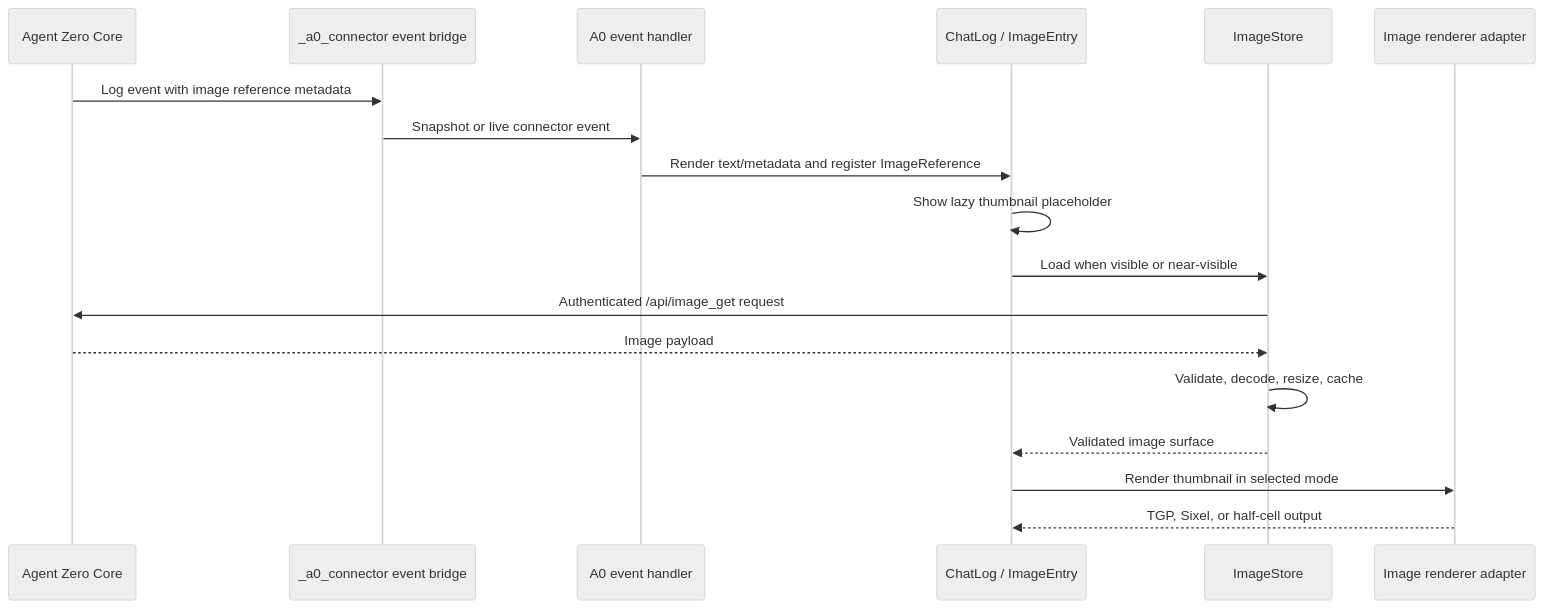
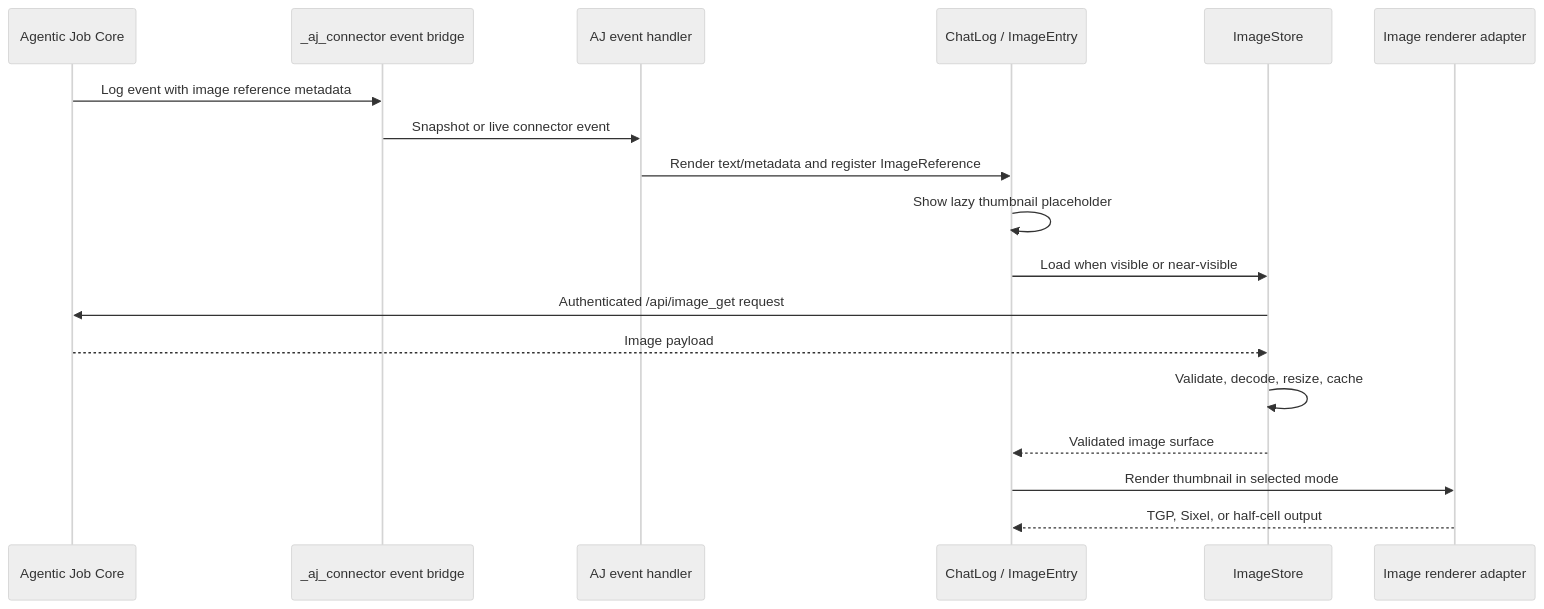
Before and after one commit to PaulGG-Code/a0-connector: the diagram in docs/superpowers/specs/2026-08-10-inline-images-and-browser-screenshots-design.md, drawn with Mermaid (neutral theme). The commit also changed other lines of this file and 268 other files, not shown here.

````diff
--- a/docs/superpowers/specs/2026-08-10-inline-images-and-browser-screenshots-design.md
+++ b/docs/superpowers/specs/2026-08-10-inline-images-and-browser-screenshots-design.md
@@ -232,21 +232,21 @@
 ```mermaid
 sequenceDiagram
-    participant Core as Agent Zero Core
-    participant Bridge as _a0_connector event bridge
-    participant CLI as A0 event handler
+    participant Core as Agentic Job Core
+    participant Bridge as _aj_connector event bridge
+    participant CLI as AJ event handler
     participant Log as ChatLog / ImageEntry
     participant Store as ImageStore
     participant Renderer as Image renderer adapter
 
     Core->>Bridge: Log event with image reference metadata
     Bridge->>CLI: Snapshot or live connector event
     CLI->>Log: Render text/metadata and register ImageReference
     Log->>Log: Show lazy thumbnail placeholder
     Log->>Store: Load when visible or near-visible
     Store->>Core: Authenticated /api/image_get request
     Core-->>Store: Image payload
     Store->>Store: Validate, decode, resize, cache
     Store-->>Log: Validated image surface
     Log->>Renderer: Render thumbnail in selected mode
     Renderer-->>Log: TGP, Sixel, or half-cell output
 ```
````
